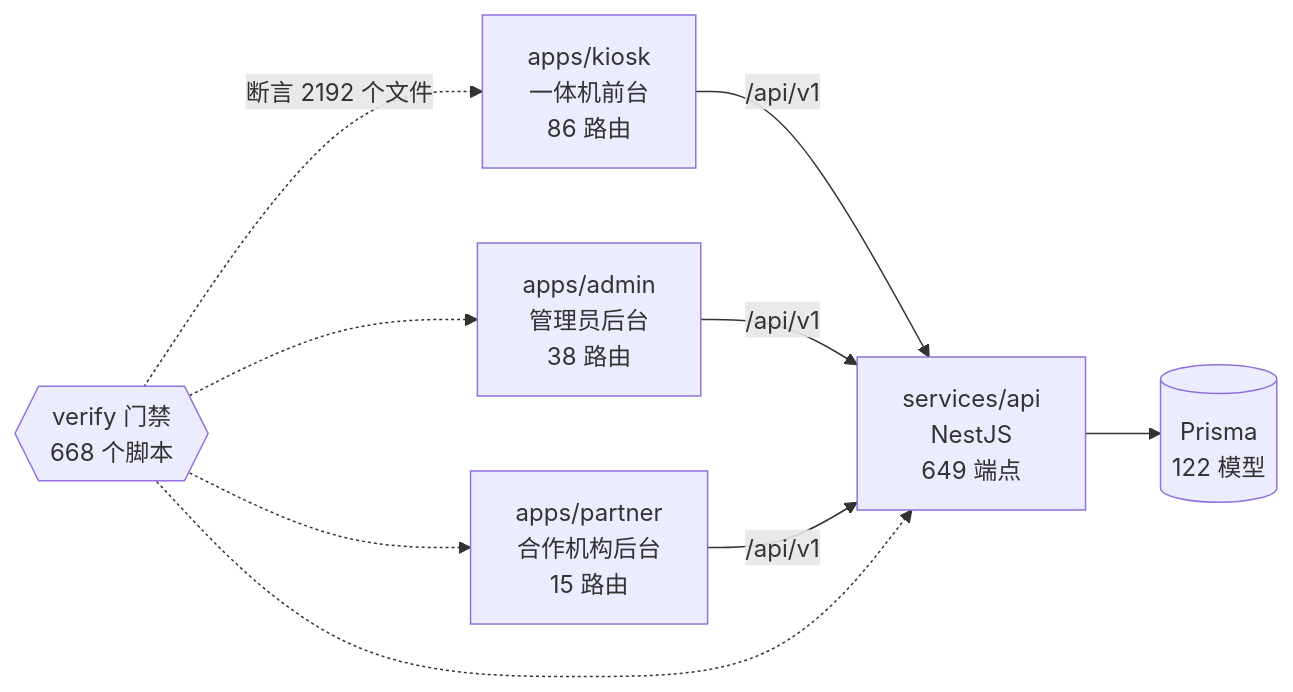
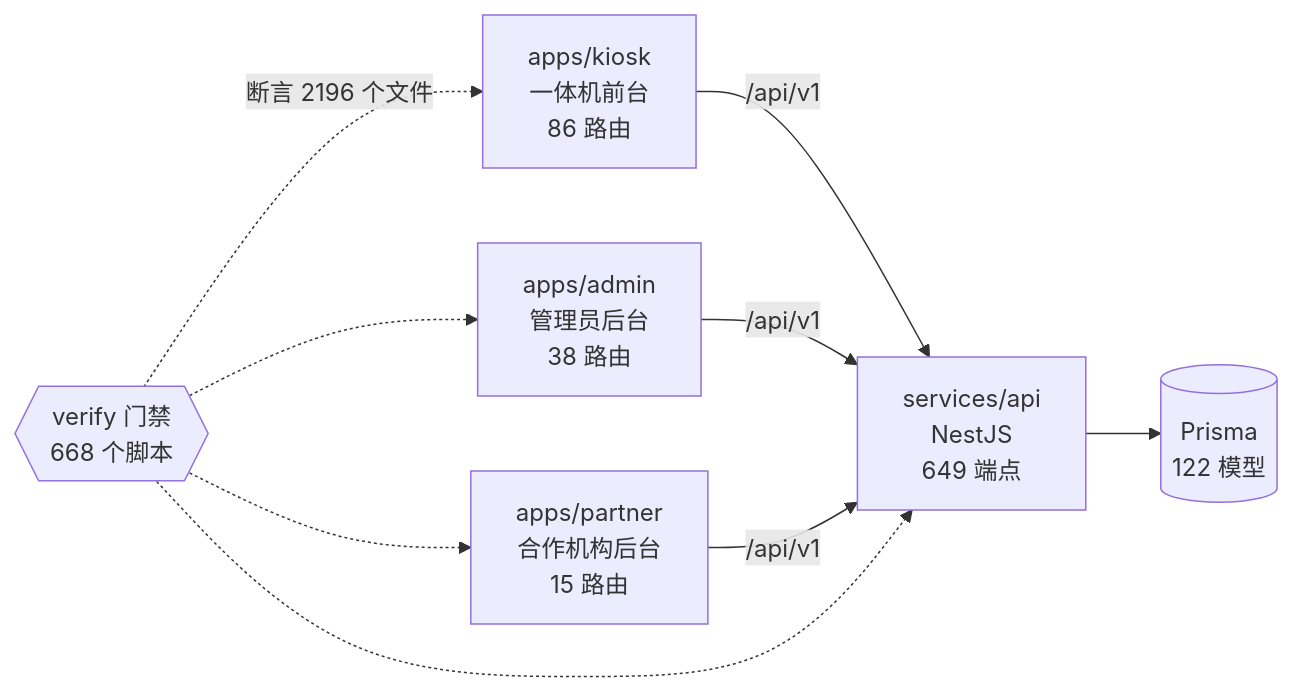
Before and after one commit to wanglei581/YITIJI: the diagram in docs/graph/README.md, drawn with Mermaid. The commit also changed other lines of this file and 3 other files, not shown here.

Commit message:
按当前代码重新生成项目图谱

````diff
--- a/docs/graph/README.md
+++ b/docs/graph/README.md
@@ -68,18 +68,18 @@
 ```mermaid
 flowchart LR
   kiosk["apps/kiosk<br/>一体机前台<br/>86 路由"]
   admin["apps/admin<br/>管理员后台<br/>38 路由"]
   partner["apps/partner<br/>合作机构后台<br/>15 路由"]
   api["services/api<br/>NestJS<br/>649 端点"]
   db[("Prisma<br/>122 模型")]
   gates{{"verify 门禁<br/>668 个脚本"}}
 
   kiosk -->|"/api/v1"| api
   admin -->|"/api/v1"| api
   partner -->|"/api/v1"| api
   api --> db
-  gates -.->|"断言 2192 个文件"| kiosk
+  gates -.->|"断言 2196 个文件"| kiosk
   gates -.-> admin
   gates -.-> partner
   gates -.-> api
 ```
````
